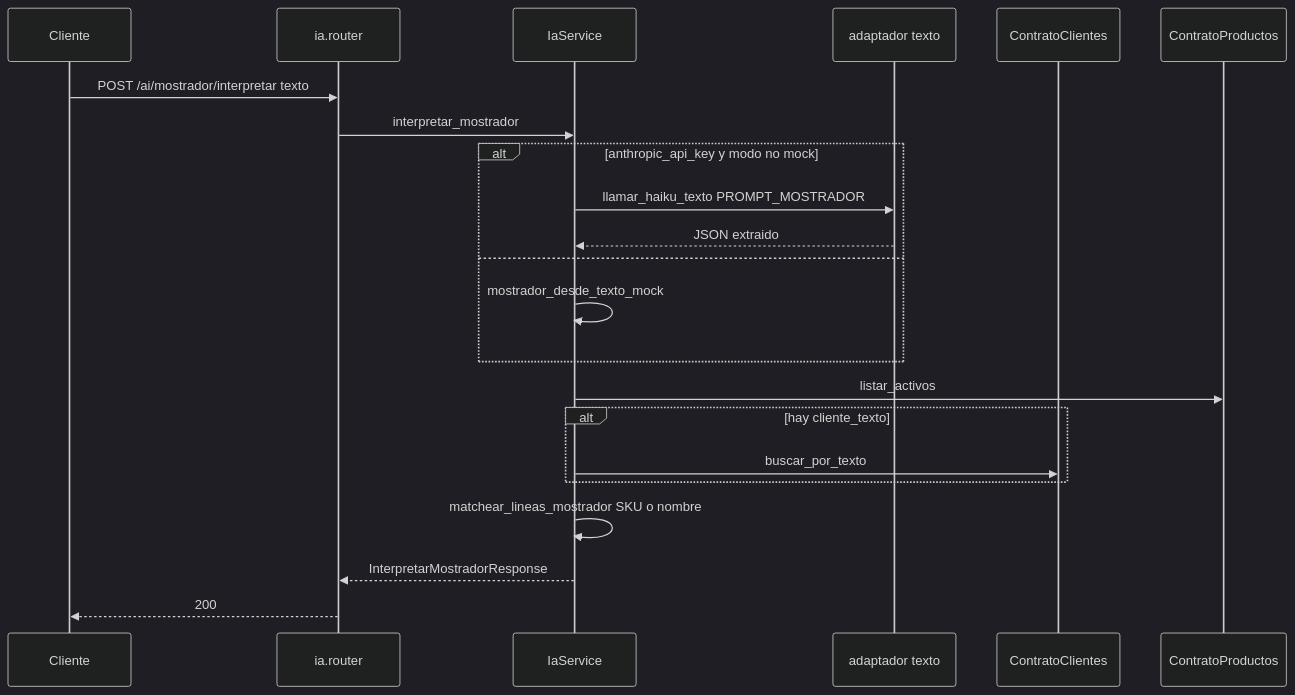
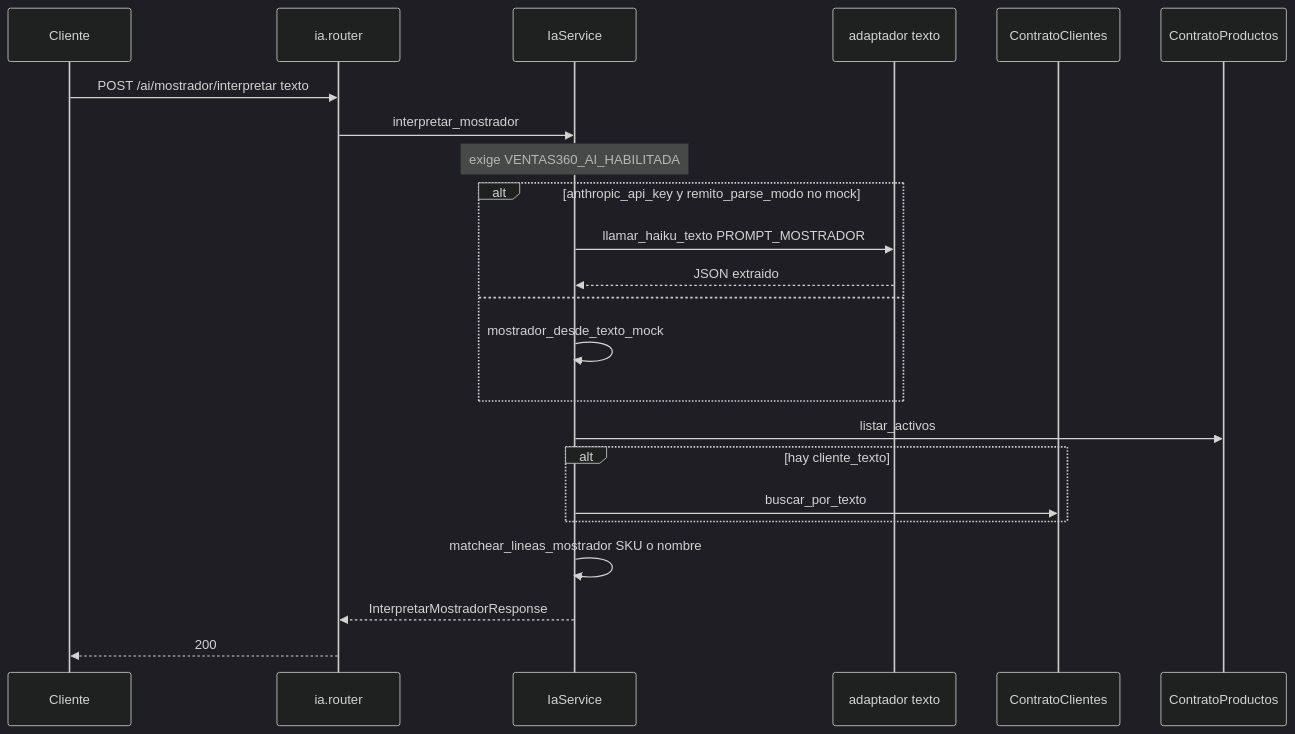
Before and after one commit to estsan3/ventas360-api: the first of 3 diagrams in docs/diagramas/ia.md, drawn with Mermaid (dark theme). The commit also changed 2 other files, not shown here.

Commit message:
docs: alinear mermaid de proveedores, IA y stock
Match de lista por ítem vinculado → código proveedor → SKU; mostrador
exige AI habilitada; movimientos de contrato egreso_remito / ingreso.

````diff
--- a/docs/diagramas/ia.md
+++ b/docs/diagramas/ia.md
@@ -14,25 +14,26 @@
 ```mermaid
 sequenceDiagram
     participant Cliente
     participant Router as ia.router
     participant Service as IaService
     participant LLM as adaptador texto
     participant Clientes as ContratoClientes
     participant Productos as ContratoProductos
 
     Cliente->>Router: POST /ai/mostrador/interpretar texto
     Router->>Service: interpretar_mostrador
-    alt anthropic_api_key y modo no mock
+    Note over Service: exige VENTAS360_AI_HABILITADA
+    alt anthropic_api_key y remito_parse_modo no mock
         Service->>LLM: llamar_haiku_texto PROMPT_MOSTRADOR
         LLM-->>Service: JSON extraido
     else
         Service->>Service: mostrador_desde_texto_mock
     end
     Service->>Productos: listar_activos
     alt hay cliente_texto
         Service->>Clientes: buscar_por_texto
     end
     Service->>Service: matchear_lineas_mostrador SKU o nombre
     Service-->>Router: InterpretarMostradorResponse
     Router-->>Cliente: 200
 ```
````
